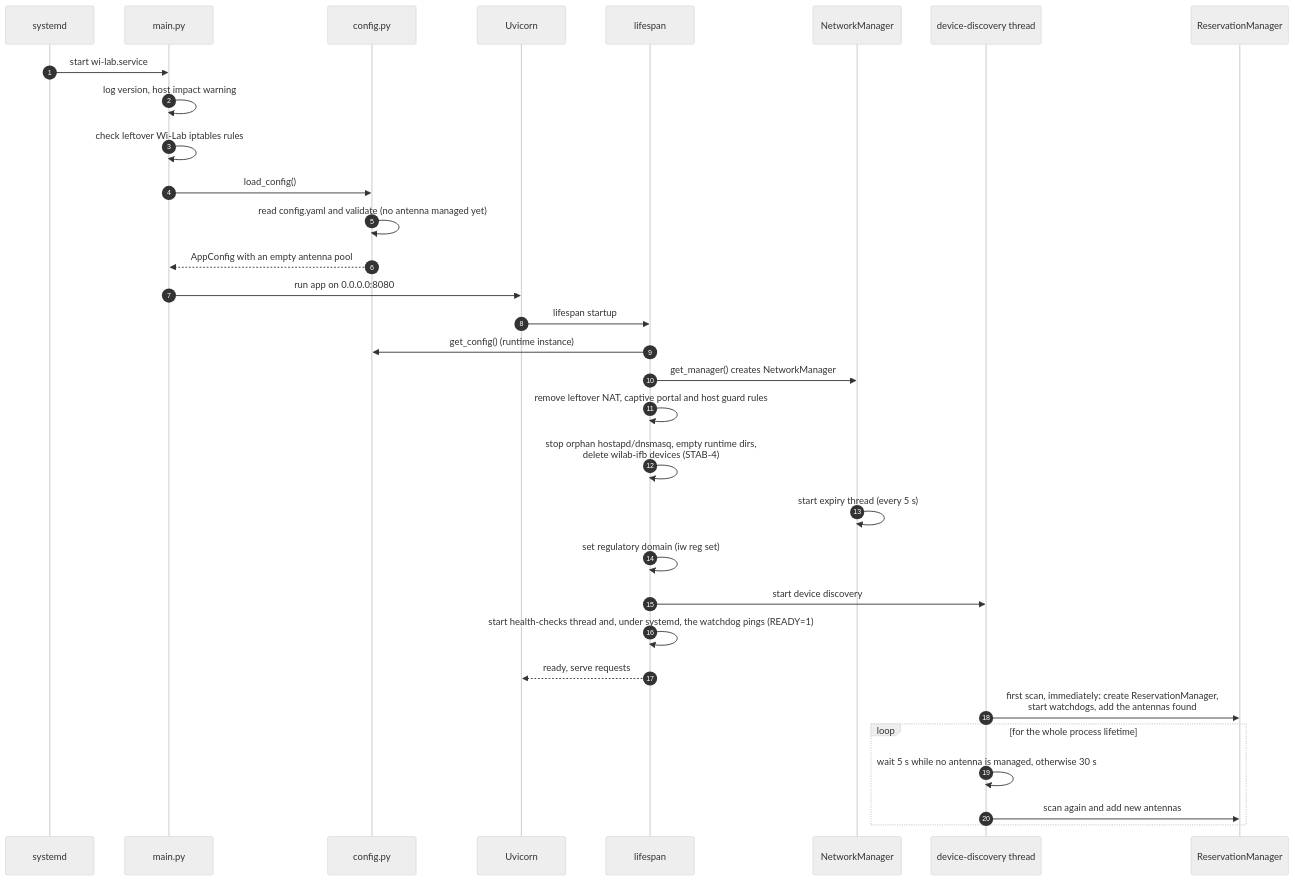
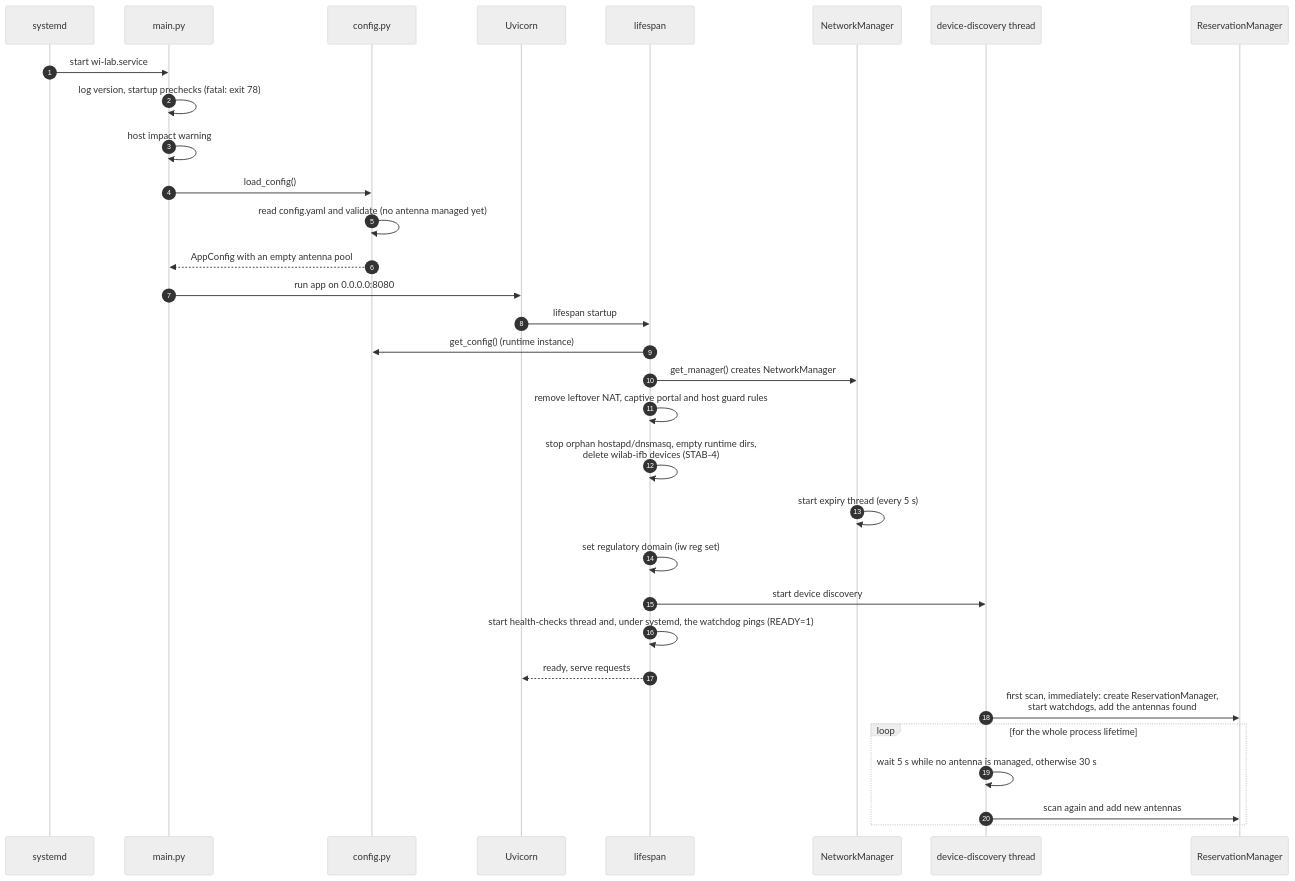
The second of 15 diagrams in docs/architecture.md (caporalesimone/wi-lab), drawn with Mermaid (neutral theme) before and after one commit. The commit also changed other lines of this file and 5 other files, not shown here.

First line of the commit message:
docs: NetworkManager requirement and startup prechecks (NM-1)

````diff
--- a/docs/architecture.md
+++ b/docs/architecture.md
@@ -107,35 +121,35 @@
 ```mermaid
 sequenceDiagram
     autonumber
     participant SD as systemd
     participant M as main.py
     participant C as config.py
     participant U as Uvicorn
     participant L as lifespan
     participant NM as NetworkManager
     participant D as device-discovery thread
     participant RM as ReservationManager
 
     SD->>M: start wi-lab.service
-    M->>M: log version, host impact warning
-    M->>M: check leftover Wi-Lab iptables rules
+    M->>M: log version, startup prechecks (fatal: exit 78)
+    M->>M: host impact warning
     M->>C: load_config()
     C->>C: read config.yaml and validate (no antenna managed yet)
     C-->>M: AppConfig with an empty antenna pool
     M->>U: run app on 0.0.0.0:8080
     U->>L: lifespan startup
     L->>C: get_config() (runtime instance)
     L->>NM: get_manager() creates NetworkManager
     L->>L: remove leftover NAT, captive portal and host guard rules
     L->>L: stop orphan hostapd/dnsmasq, empty runtime dirs,<br/>delete wilab-ifb devices (STAB-4)
     NM->>NM: start expiry thread (every 5 s)
     L->>L: set regulatory domain (iw reg set)
     L->>D: start device discovery
     L->>L: start health-checks thread and, under systemd, the watchdog pings (READY=1)
     L-->>U: ready, serve requests
     D->>RM: first scan, immediately: create ReservationManager,<br/>start watchdogs, add the antennas found
     loop for the whole process lifetime
         D->>D: wait 5 s while no antenna is managed, otherwise 30 s
         D->>RM: scan again and add new antennas
     end
 ```
````
